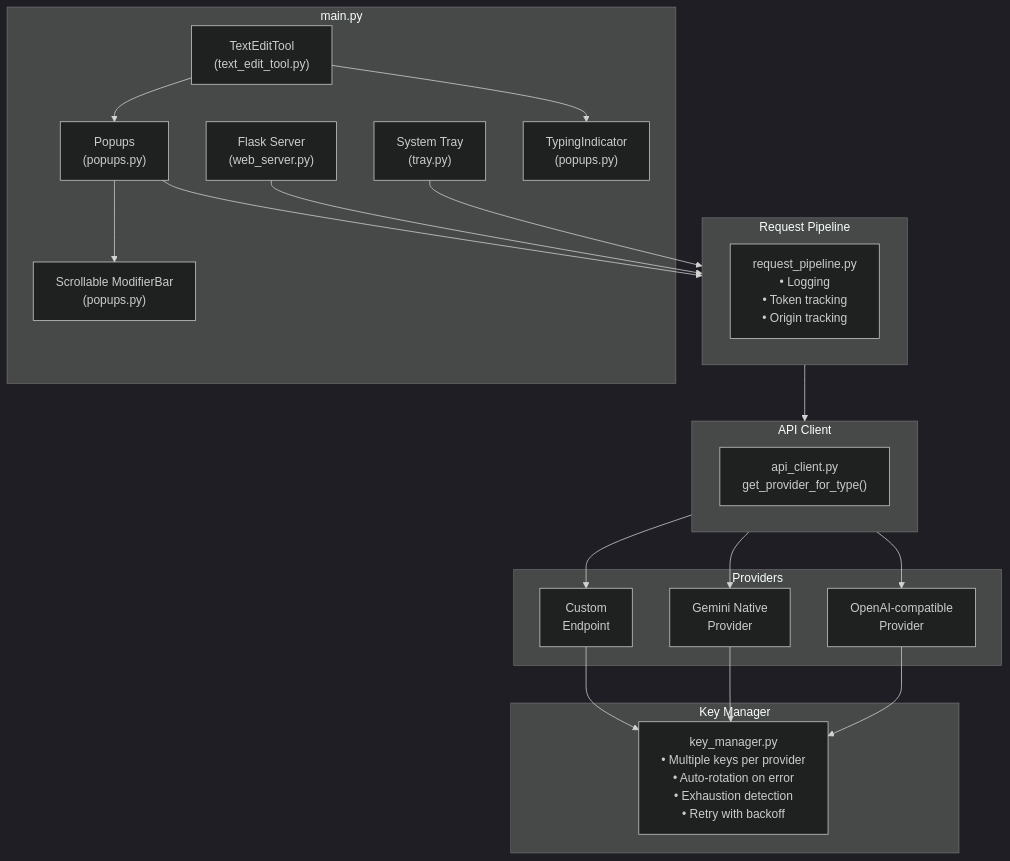
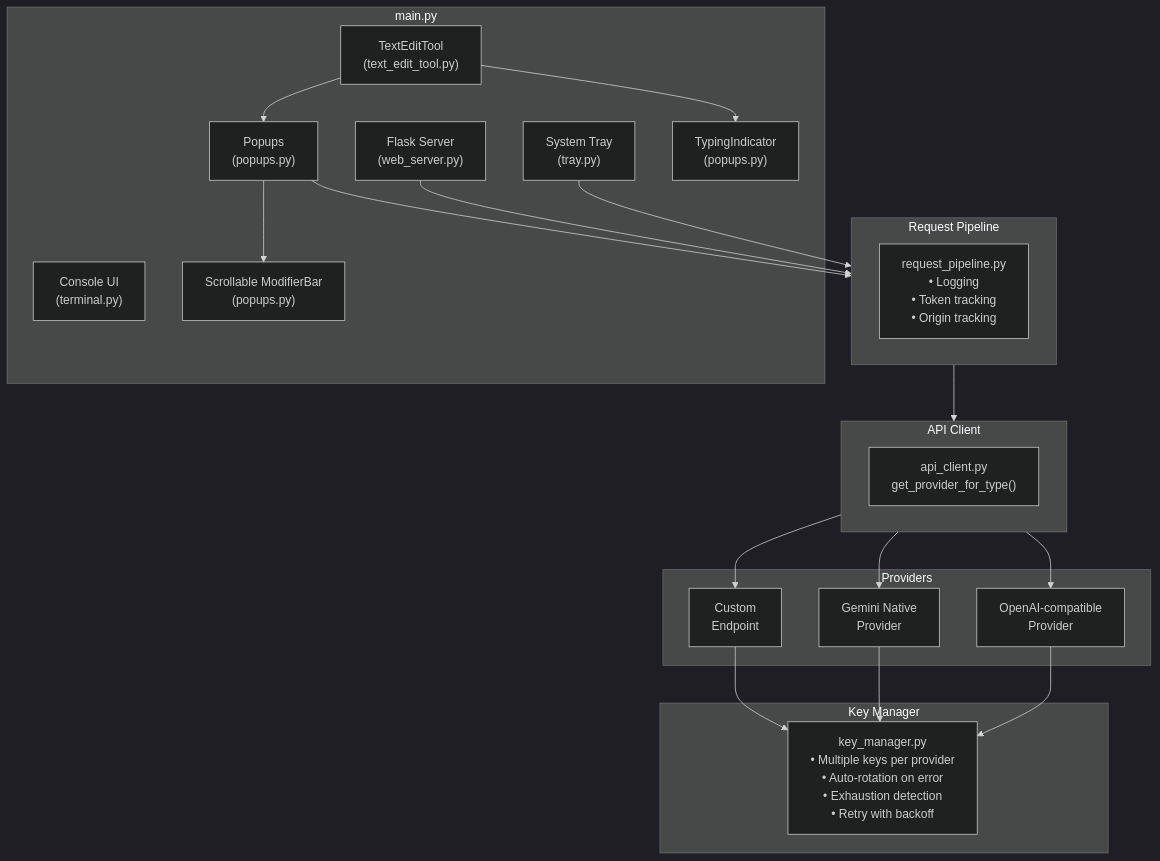
Before and after one commit to zaxx-q/AI-Bridge: the first of 2 diagrams in docs/ARCHITECTURE.md, drawn with Mermaid (dark theme). The commit also changed other lines of this file and 2 other files, not shown here.

````diff
--- a/docs/ARCHITECTURE.md
+++ b/docs/ARCHITECTURE.md
@@ -19,43 +20,44 @@
 ```mermaid
 flowchart TB
     subgraph Main["main.py"]
         Tray["System Tray<br/>(tray.py)"]
+        Console["Console UI<br/>(terminal.py)"]
         Flask["Flask Server<br/>(web_server.py)"]
         TET["TextEditTool<br/>(text_edit_tool.py)"]
         Popups["Popups<br/>(popups.py)"]
         Modifiers["Scrollable ModifierBar<br/>(popups.py)"]
         TypingInd["TypingIndicator<br/>(popups.py)"]
     end
     
     subgraph Pipeline["Request Pipeline"]
         RP["request_pipeline.py<br/>• Logging<br/>• Token tracking<br/>• Origin tracking"]
     end
     
     subgraph APIClient["API Client"]
         AC["api_client.py<br/>get_provider_for_type()"]
     end
     
     subgraph Providers["Providers"]
         OAI["OpenAI-compatible<br/>Provider"]
         Gemini["Gemini Native<br/>Provider"]
         Custom["Custom<br/>Endpoint"]
     end
     
     subgraph KeyMgr["Key Manager"]
         KM["key_manager.py<br/>• Multiple keys per provider<br/>• Auto-rotation on error<br/>• Exhaustion detection<br/>• Retry with backoff"]
     end
     
     Tray --> Pipeline
     Flask --> Pipeline
     TET --> Popups
     Popups --> Modifiers
     TET --> TypingInd
     Popups --> Pipeline
     Pipeline --> APIClient
     APIClient --> OAI
     APIClient --> Gemini
     APIClient --> Custom
     OAI --> KM
     Gemini --> KM
     Custom --> KM
 ```
````
